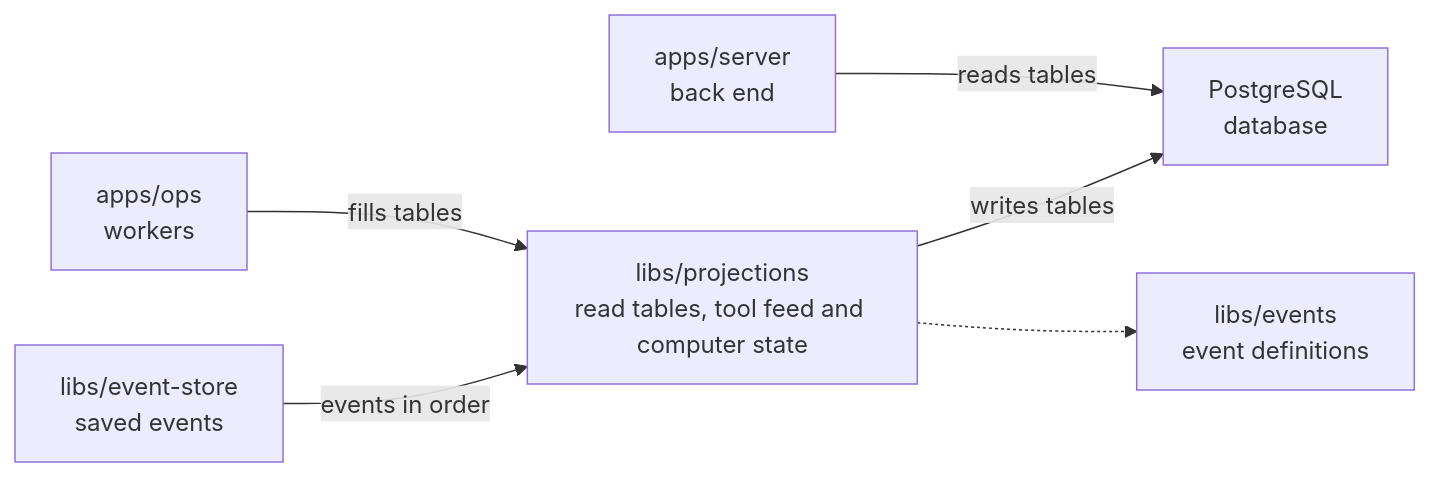
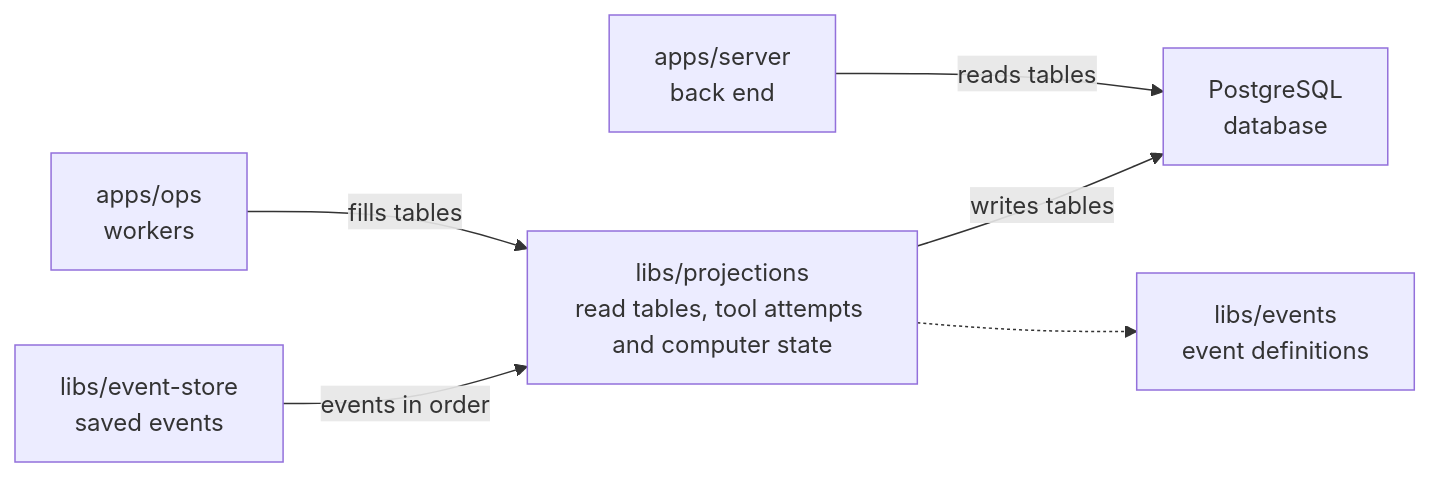
The diagram in libs/projections/README.md (elewa-git/opencrane-new), drawn with Mermaid before and after one commit. The commit also changed other lines of this file and 26 other files, not shown here.

````diff
--- a/libs/projections/README.md
+++ b/libs/projections/README.md
@@ -23,8 +23,8 @@
 ```mermaid
 flowchart LR
-  ops["apps/ops<br/>workers"] -->|fills tables| projections["libs/projections<br/>read tables, tool feed and computer state"]
+  ops["apps/ops<br/>workers"] -->|fills tables| projections["libs/projections<br/>read tables, tool attempts and computer state"]
   server["apps/server<br/>back end"] -->|reads tables| pg["PostgreSQL<br/>database"]
   projections -->|writes tables| pg
   store["libs/event-store<br/>saved events"] -->|events in order| projections
   projections -.-> events["libs/events<br/>event definitions"]
 ```
````
